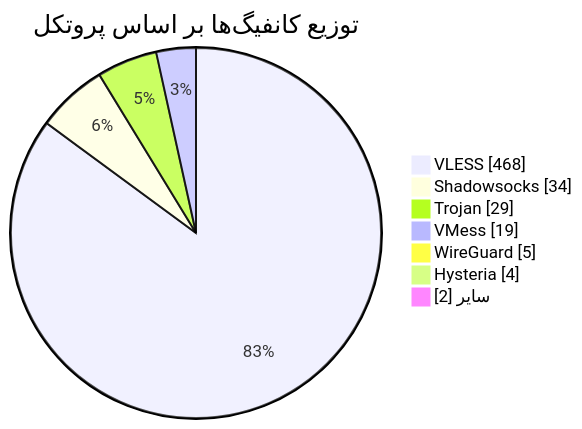
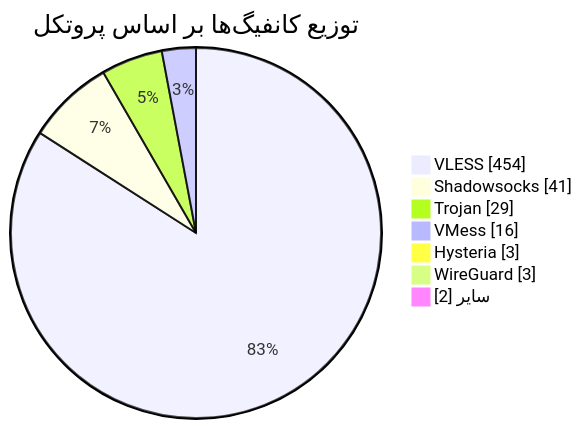
The diagram in README.md (Arian-Alijani/Somthing), drawn with Mermaid before and after one commit. The commit also changed other lines of this file and 85 other files, not shown here.

````diff
--- a/README.md
+++ b/README.md
@@ -49,11 +49,11 @@
 ```mermaid
 pie showData
     title توزیع کانفیگ‌ها بر اساس پروتکل
-    "VLESS" : 468
-    "Shadowsocks" : 34
+    "VLESS" : 454
+    "Shadowsocks" : 41
     "Trojan" : 29
-    "VMess" : 19
-    "WireGuard" : 5
-    "Hysteria" : 4
+    "VMess" : 16
+    "Hysteria" : 3
+    "WireGuard" : 3
     "سایر" : 2
 ```
````
